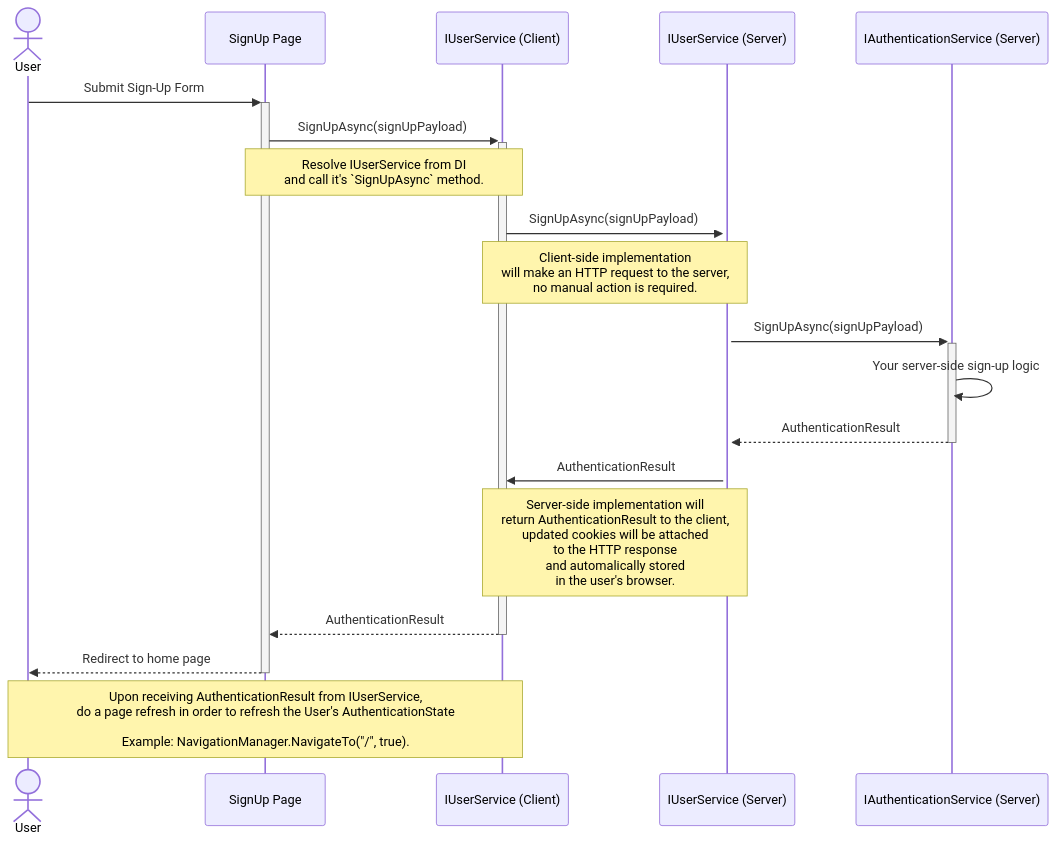
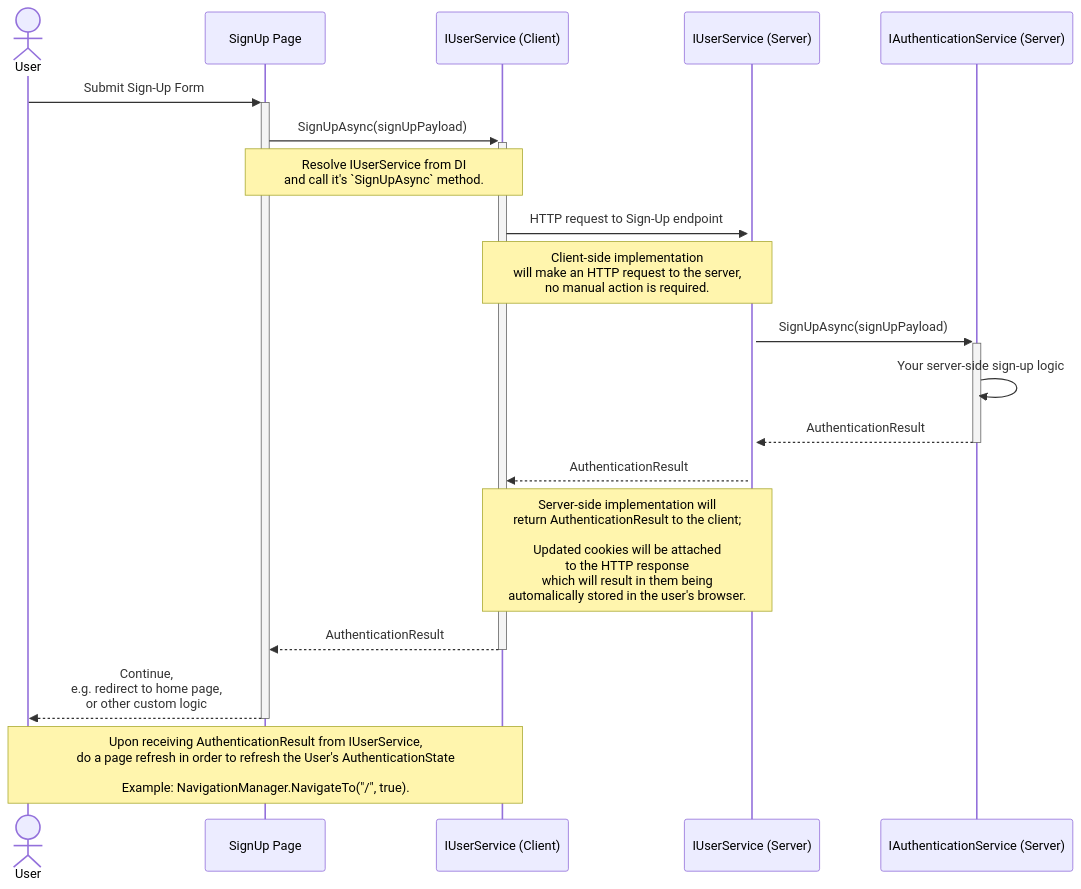
The second of 3 diagrams in docs/src/04.use-cases/01.interactive-webassembly.md (BitzArt/Blazor.Auth), drawn with Mermaid before and after one commit. The commit also changed other lines of this file, not shown here.

Commit message:
Update Interactive WebAssembly use-cases diagrams

````diff
--- a/docs/src/04.use-cases/01.interactive-webassembly.md
+++ b/docs/src/04.use-cases/01.interactive-webassembly.md
@@ -39,27 +39,27 @@
 ```mermaid
 sequenceDiagram
 
 actor user as User
 participant page as SignUp Page
 participant userServiceClient as IUserService (Client)
 participant userServiceServer as IUserService (Server)
 participant authService as IAuthenticationService (Server)
 
 user ->>+ page: Submit Sign-Up Form
 page ->>+ userServiceClient: SignUpAsync(signUpPayload)
 note over page,userServiceClient: Resolve IUserService from DI<br/> and call it's `SignUpAsync` method.
-userServiceClient ->>+ userServiceServer: SignUpAsync(signUpPayload)
+userServiceClient ->>+ userServiceServer: HTTP request to Sign-Up endpoint
 note over userServiceClient,userServiceServer: Client-side implementation <br/> will make an HTTP request to the server, <br/> no manual action is required.
 
 userServiceServer ->>+ authService: SignUpAsync(signUpPayload)
 authService ->> authService: Your server-side sign-up logic
 
 authService -->>- userServiceServer: AuthenticationResult
-userServiceServer ->> userServiceClient: AuthenticationResult
-note over userServiceServer,userServiceClient: Server-side implementation will <br/> return AuthenticationResult to the client, <br/> updated cookies will be attached <br/> to the HTTP response <br/> and automalically stored <br/> in the user's browser.
+userServiceServer -->> userServiceClient: AuthenticationResult
+note over userServiceServer,userServiceClient: Server-side implementation will <br/> return AuthenticationResult to the client#59; <br/><br/> Updated cookies will be attached <br/> to the HTTP response <br/> which will result in them being <br/> automalically stored in the user's browser.
 
 userServiceClient -->>- page: AuthenticationResult
-page -->>- user: Redirect to home page
+page -->>- user: Continue, <br/> e.g. redirect to home page, <br/> or other custom logic
 
 note over user,userServiceClient: Upon receiving AuthenticationResult from IUserService, <br/> do a page refresh in order to refresh the User's AuthenticationState<br/><br/> Example: NavigationManager.NavigateTo("/", true).
 ```
````
